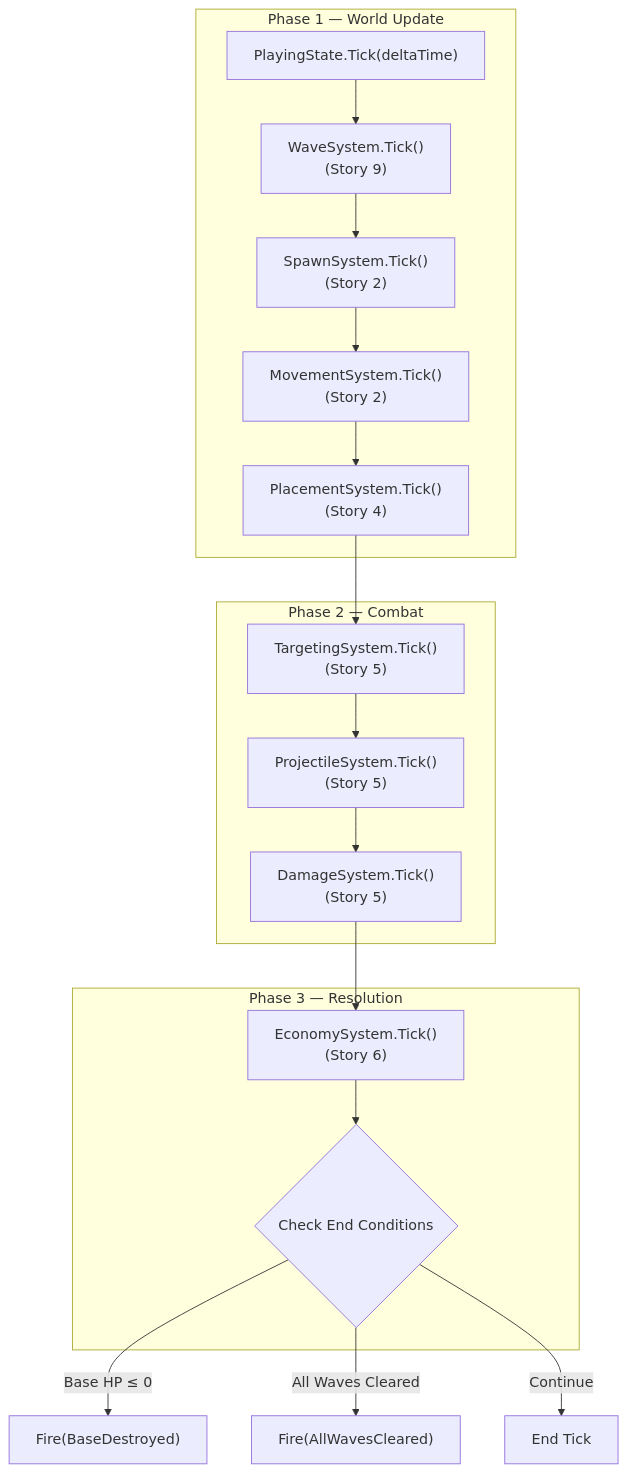
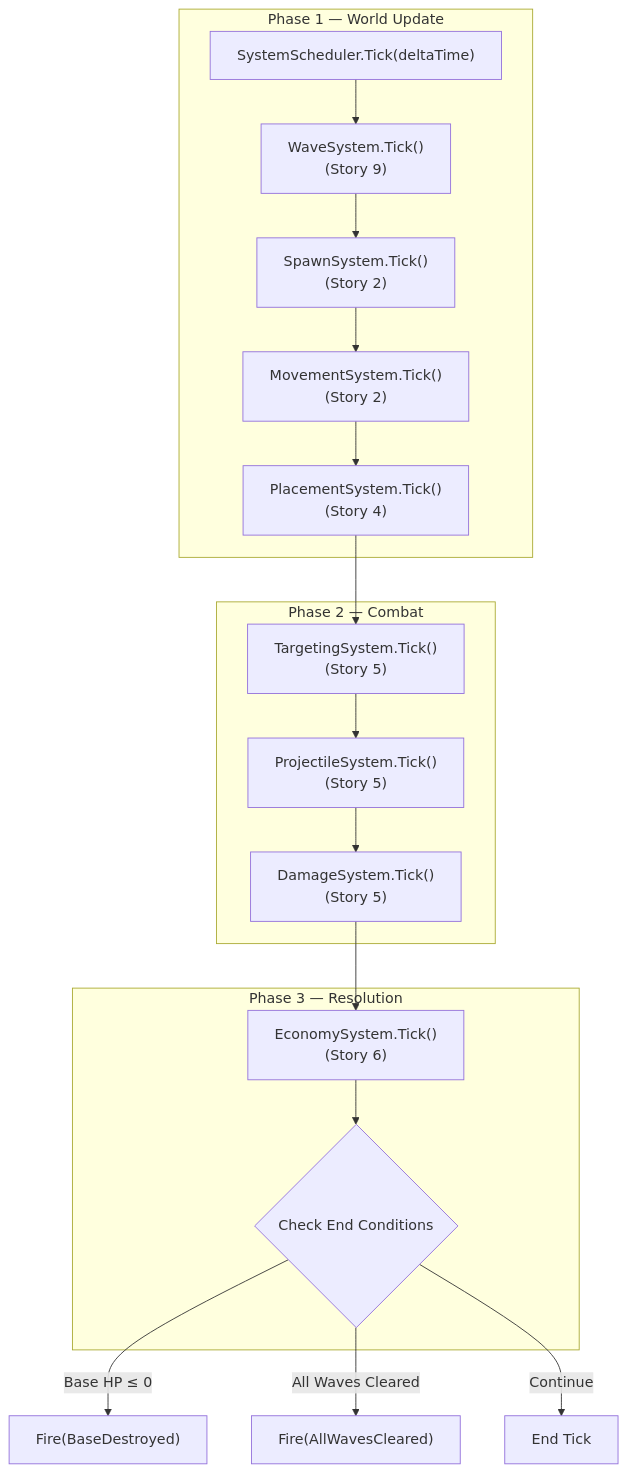
Before and after one commit to Number10Ox/MorlocsTowerDefense: the fifth of 5 diagrams in Docs/Architecture-Diagrams.md, drawn with Mermaid. The commit also changed other lines of this file and 52 other files, not shown here.

````diff
--- a/Docs/Architecture-Diagrams.md
+++ b/Docs/Architecture-Diagrams.md
@@ -239,29 +258,29 @@
 ```mermaid
 flowchart TD
     subgraph phase1 ["Phase 1 — World Update"]
-        A["PlayingState.Tick(deltaTime)"] --> B["WaveSystem.Tick()
+        A["SystemScheduler.Tick(deltaTime)"] --> B["WaveSystem.Tick()
         (Story 9)"]
         B --> C["SpawnSystem.Tick()
         (Story 2)"]
         C --> D["MovementSystem.Tick()
         (Story 2)"]
         D --> E["PlacementSystem.Tick()
         (Story 4)"]
     end
     subgraph phase2 ["Phase 2 — Combat"]
         E --> F["TargetingSystem.Tick()
         (Story 5)"]
         F --> G["ProjectileSystem.Tick()
         (Story 5)"]
         G --> H["DamageSystem.Tick()
         (Story 5)"]
     end
     subgraph phase3 ["Phase 3 — Resolution"]
         H --> I["EconomySystem.Tick()
         (Story 6)"]
         I --> J{"Check End Conditions"}
     end
     J -->|"Base HP ≤ 0"| K["Fire(BaseDestroyed)"]
     J -->|"All Waves Cleared"| L["Fire(AllWavesCleared)"]
     J -->|"Continue"| M["End Tick"]
 ```
````
